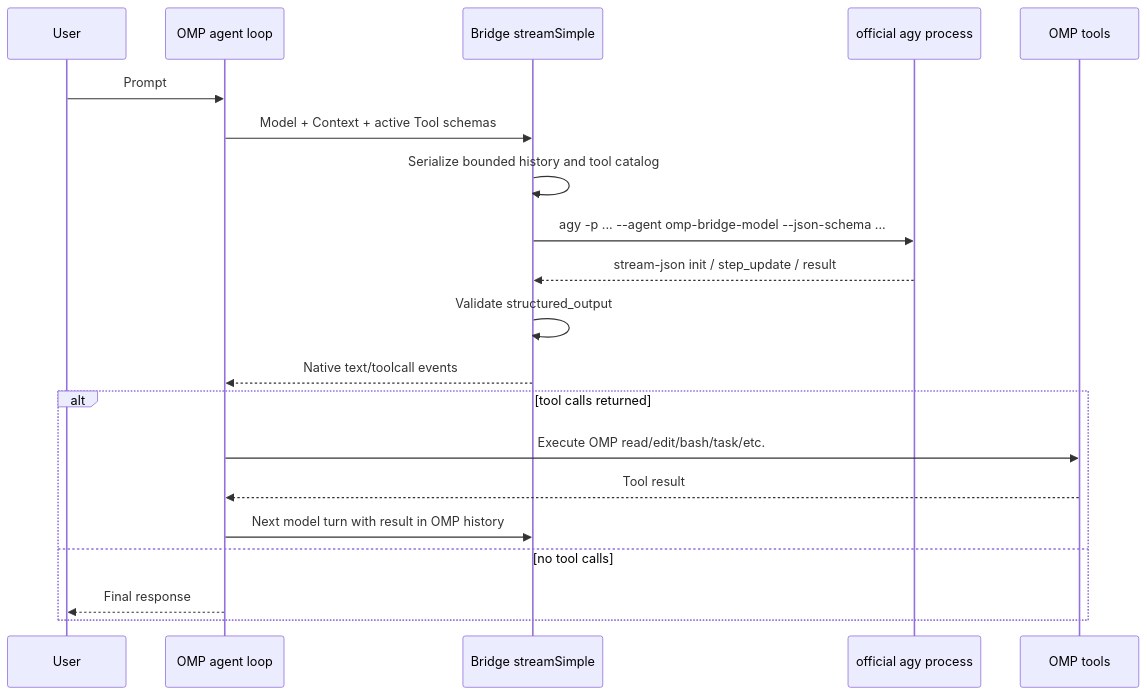
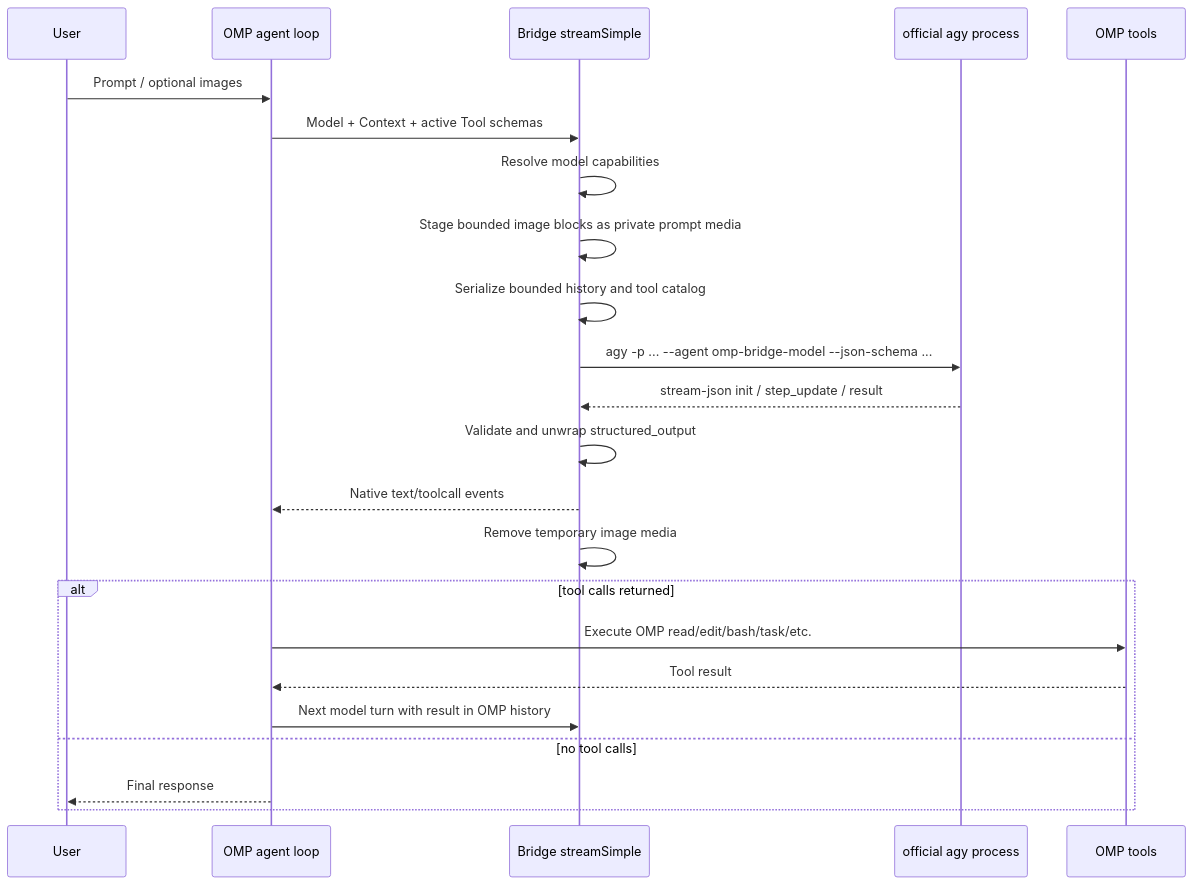
The diagram in omp-agy-native-bridge/ARCHITECTURE.md (trumandaniels/omp-gemini-plugin), drawn with Mermaid before and after one commit. The commit also changed other lines of this file, not shown here.

Commit message:
Document bridge image translation architecture

````diff
--- a/omp-agy-native-bridge/ARCHITECTURE.md
+++ b/omp-agy-native-bridge/ARCHITECTURE.md
@@ -39,23 +39,26 @@
 ```mermaid
 sequenceDiagram
     participant U as User
     participant O as OMP agent loop
     participant B as Bridge streamSimple
     participant A as official agy process
     participant T as OMP tools
 
-    U->>O: Prompt
+    U->>O: Prompt / optional images
     O->>B: Model + Context + active Tool schemas
+    B->>B: Resolve model capabilities
+    B->>B: Stage bounded image blocks as private prompt media
     B->>B: Serialize bounded history and tool catalog
     B->>A: agy -p ... --agent omp-bridge-model --json-schema ...
     A-->>B: stream-json init / step_update / result
-    B->>B: Validate structured_output
+    B->>B: Validate and unwrap structured_output
     B-->>O: Native text/toolcall events
+    B->>B: Remove temporary image media
     alt tool calls returned
         O->>T: Execute OMP read/edit/bash/task/etc.
         T-->>O: Tool result
         O->>B: Next model turn with result in OMP history
     else no tool calls
         O-->>U: Final response
     end
 ```
````
